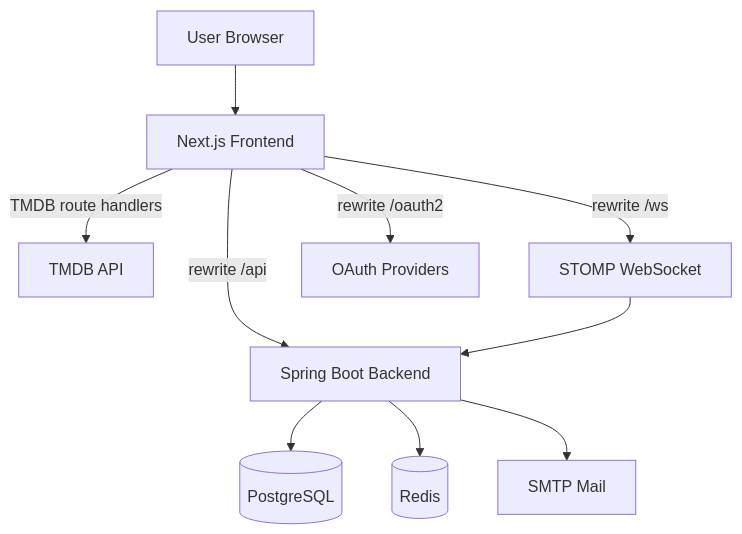
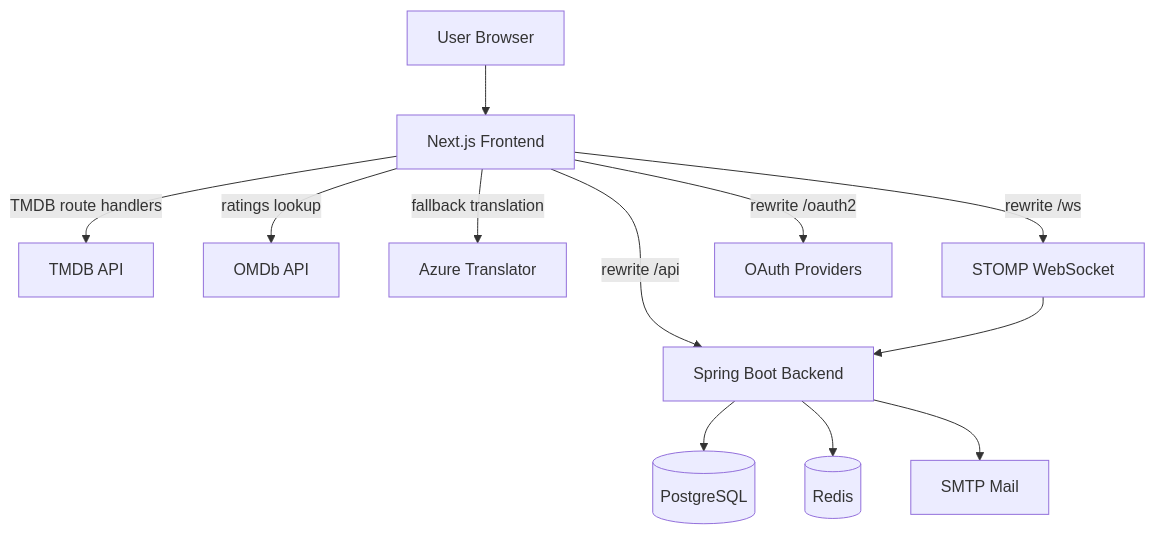
One commit to jdhert/SceneHive changed the third of 8 diagrams in README.md. Above: the diagram before and after it, drawn with Mermaid. The commit also changed other lines of this file and 5 other files, not shown here.

````diff
--- a/README.md
+++ b/README.md
@@ -154,12 +188,14 @@
 ```mermaid
 flowchart TD
     U[User Browser] --> F[Next.js Frontend]
     F -->|rewrite /api| B[Spring Boot Backend]
     F -->|TMDB route handlers| T[TMDB API]
+    F -->|ratings lookup| OM[OMDb API]
+    F -->|fallback translation| AZ[Azure Translator]
     F -->|rewrite /ws| W[STOMP WebSocket]
     F -->|rewrite /oauth2| O[OAuth Providers]
     B --> P[(PostgreSQL)]
     B --> R[(Redis)]
     B --> M[SMTP Mail]
     W --> B
 ```
````
